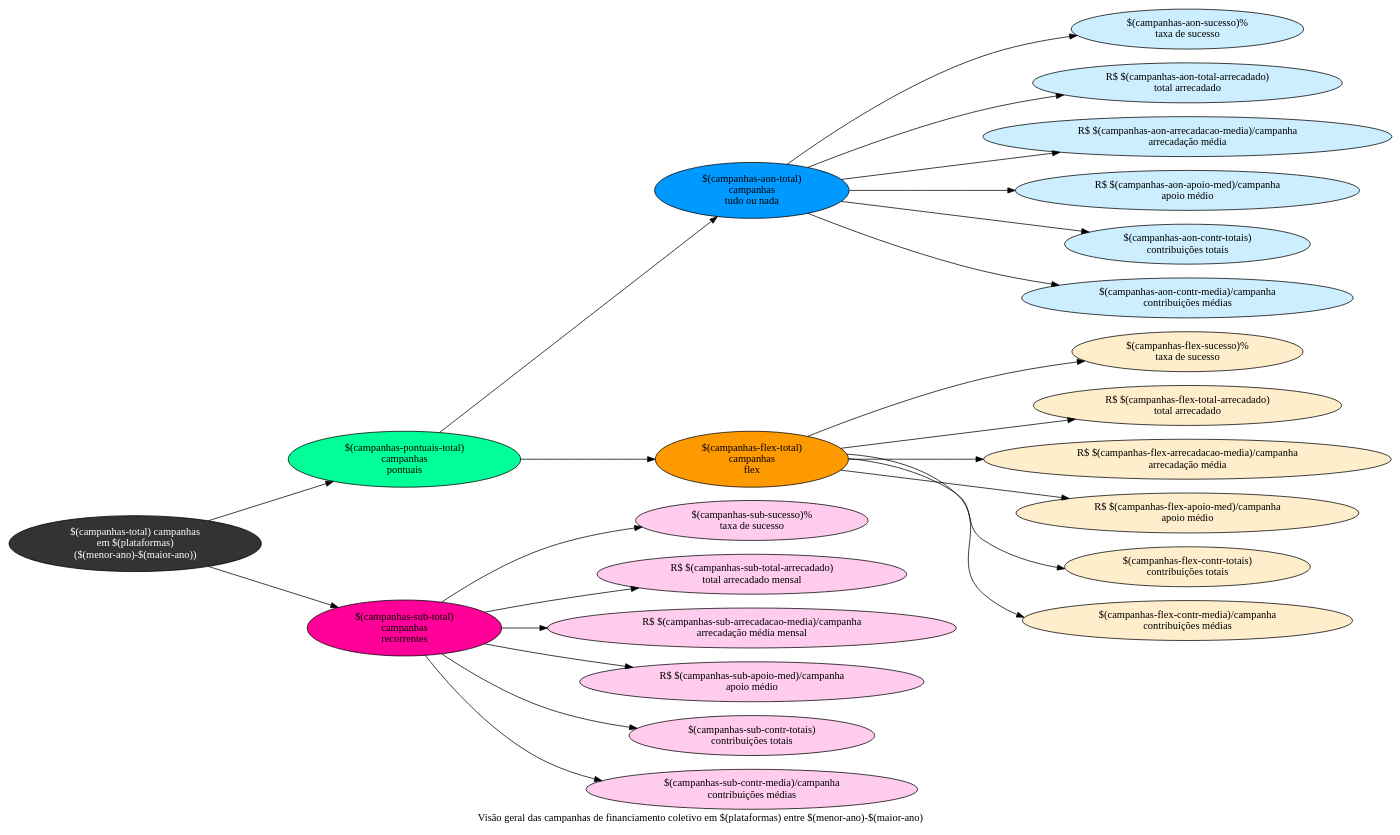
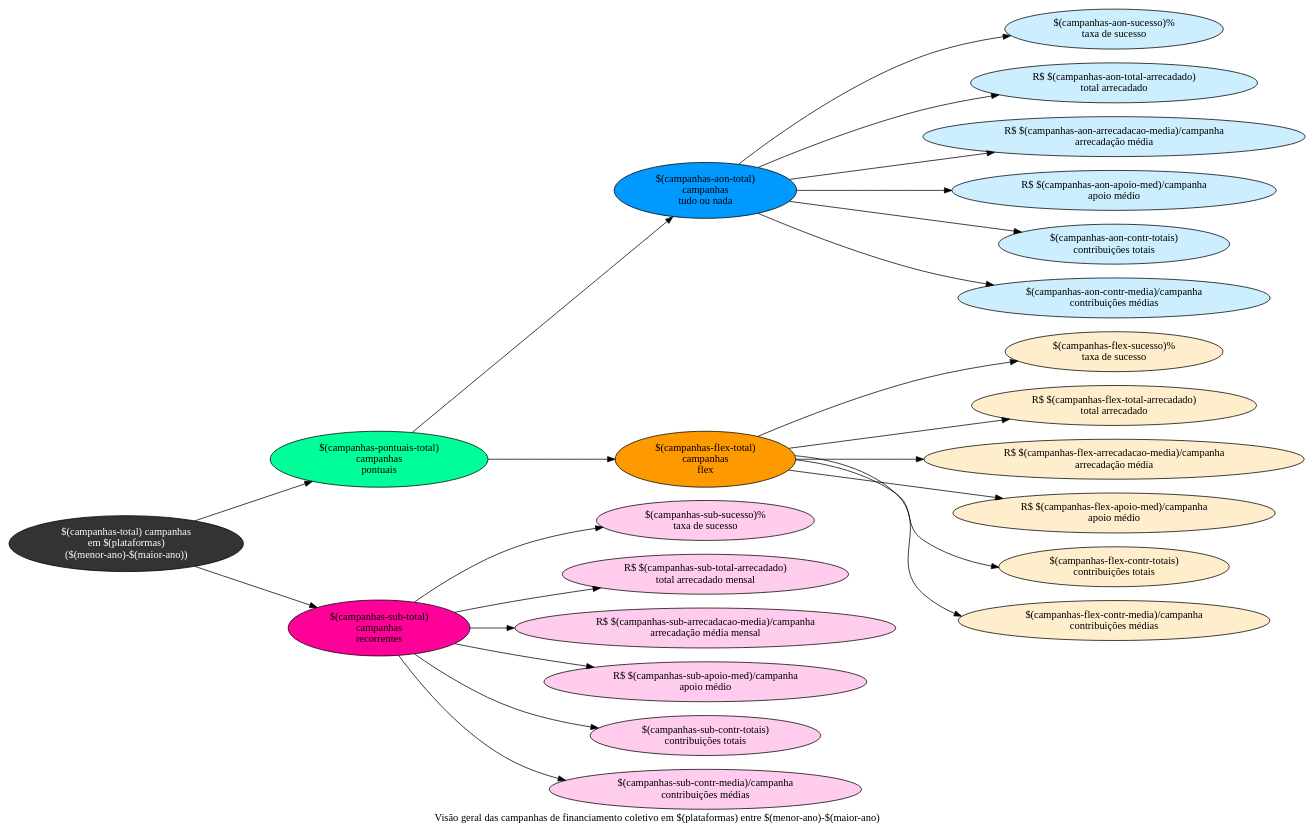
Before and after one commit to silva-erick/profico-hq: the diagram in scripts/02-normalizacao/templates/descritivo/infografico.template.dot, drawn with Graphviz. The commit also changed 34 other files, not shown here.

```diff
--- a/scripts/02-normalizacao/templates/descritivo/infografico.template.dot
+++ b/scripts/02-normalizacao/templates/descritivo/infografico.template.dot
@@ -1,68 +1,72 @@
 digraph "round-table" {
+    graph [fontname = "verdana"];
+    node [fontname = "verdana"];
+    edge [fontname = "verdana"];
+
     rankdir="LR"
     label = "Visão geral das campanhas de financiamento coletivo em $(plataformas) entre $(menor-ano)-$(maior-ano)"
     node [style="filled"]
 
     raiz [label="$(campanhas-total) campanhas\nem $(plataformas)\n($(menor-ano)-$(maior-ano))" fillcolor="#333333" fontcolor=white]
     camp_pontual [label="$(campanhas-pontuais-total)\ncampanhas\npontuais" fillcolor="#00ff99"]
     
     subgraph graph_aon {
         bgcolor=lightblue
         
         camp_pontual_aon [label="$(campanhas-aon-total)\ncampanhas\ntudo ou nada" fillcolor="#0099ff"]
         camp_pontual_aon_taxa_sucesso[label="$(campanhas-aon-sucesso)%\ntaxa de sucesso" fillcolor="#cceeff"]
         camp_pontual_aon_arr[label="R$ $(campanhas-aon-total-arrecadado)\ntotal arrecadado" fillcolor="#cceeff"]
         camp_pontual_aon_arr_med[label="R$ $(campanhas-aon-arrecadacao-media)/campanha\narrecadação média" fillcolor="#cceeff"]
         camp_pontual_aon_apoio_med[label="R$ $(campanhas-aon-apoio-med)/campanha\napoio médio" fillcolor="#cceeff"]
         camp_pontual_aon_contr[label="$(campanhas-aon-contr-totais)\ncontribuições totais" fillcolor="#cceeff"]
         camp_pontual_aon_contr_med[label="$(campanhas-aon-contr-media)/campanha\ncontribuições médias" fillcolor="#cceeff"]
     }
     subgraph graph_flex {
         bgcolor=red
         
         camp_pontual_flex [label="$(campanhas-flex-total)\ncampanhas\nflex" fillcolor="#ff9900"]
         camp_pontual_flex_taxa_sucesso[label="$(campanhas-flex-sucesso)%\ntaxa de sucesso" fillcolor="#ffeecc"]
         camp_pontual_flex_arr[label="R$ $(campanhas-flex-total-arrecadado)\ntotal arrecadado" fillcolor="#ffeecc"]
         camp_pontual_flex_arr_med[label="R$ $(campanhas-flex-arrecadacao-media)/campanha\narrecadação média" fillcolor="#ffeecc"]
         camp_pontual_flex_apoio_med[label="R$ $(campanhas-flex-apoio-med)/campanha\napoio médio" fillcolor="#ffeecc"]
         camp_pontual_flex_contr[label="$(campanhas-flex-contr-totais)\ncontribuições totais" fillcolor="#ffeecc"]
         camp_pontual_flex_contr_med[label="$(campanhas-flex-contr-media)/campanha\ncontribuições médias" fillcolor="#ffeecc"]
     }
     subgraph graph_sub{
         bgcolor=green
         
         camp_sub[label="$(campanhas-sub-total)\ncampanhas\nrecorrentes" fillcolor="#ff0099"]
         camp_sub_taxa_sucesso[label="$(campanhas-sub-sucesso)%\ntaxa de sucesso" fillcolor="#ffccee"]
         camp_sub_arr_mensal[label="R$ $(campanhas-sub-total-arrecadado)\ntotal arrecadado mensal" fillcolor="#ffccee"]
         camp_sub_arr_med_mensal[label="R$ $(campanhas-sub-arrecadacao-media)/campanha\narrecadação média mensal" fillcolor="#ffccee"]
         camp_sub_apoio_med[label="R$ $(campanhas-sub-apoio-med)/campanha\napoio médio" fillcolor="#ffccee"]
         camp_sub_contr[label="$(campanhas-sub-contr-totais)\ncontribuições totais" fillcolor="#ffccee"]
         camp_sub_contr_med[label="$(campanhas-sub-contr-media)/campanha\ncontribuições médias" fillcolor="#ffccee"]
     }
     
     raiz -> camp_pontual
     camp_pontual -> camp_pontual_aon
     camp_pontual_aon -> camp_pontual_aon_taxa_sucesso
     camp_pontual_aon -> camp_pontual_aon_arr
     camp_pontual_aon -> camp_pontual_aon_arr_med
     camp_pontual_aon -> camp_pontual_aon_apoio_med
     camp_pontual_aon -> camp_pontual_aon_contr
     camp_pontual_aon -> camp_pontual_aon_contr_med
 
     camp_pontual -> camp_pontual_flex
     camp_pontual_flex -> camp_pontual_flex_taxa_sucesso
     camp_pontual_flex -> camp_pontual_flex_arr
     camp_pontual_flex -> camp_pontual_flex_arr_med
     camp_pontual_flex -> camp_pontual_flex_apoio_med
     camp_pontual_flex -> camp_pontual_flex_contr
     camp_pontual_flex -> camp_pontual_flex_contr_med
 
     raiz -> camp_sub
     camp_sub -> camp_sub_taxa_sucesso
     camp_sub -> camp_sub_arr_mensal
     camp_sub -> camp_sub_arr_med_mensal
     camp_sub -> camp_sub_apoio_med
     camp_sub -> camp_sub_contr
     camp_sub -> camp_sub_contr_med
     
 }
```
